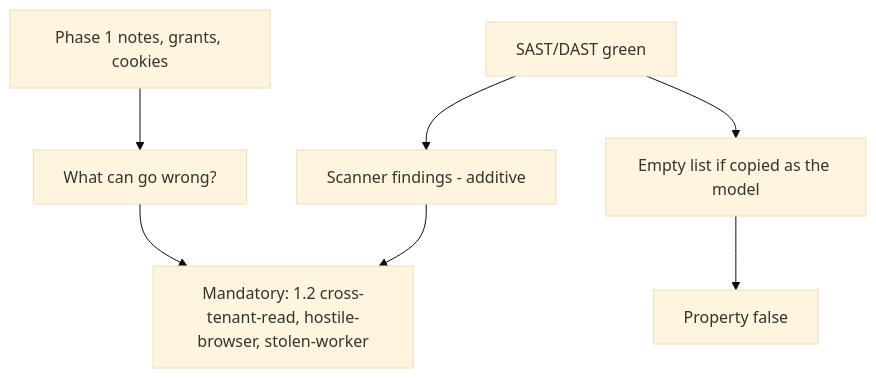
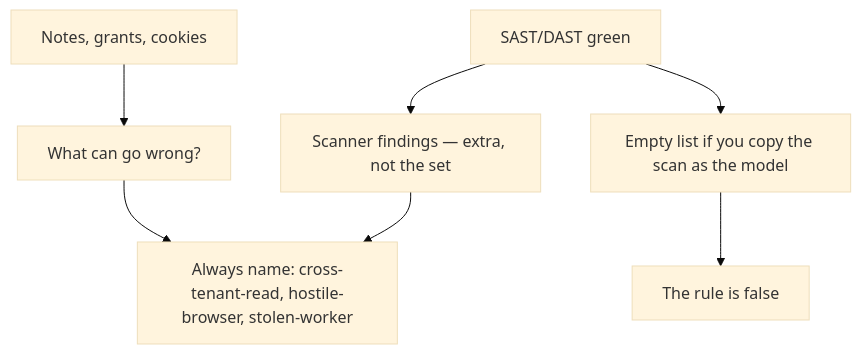
Before and after one commit to ishitvagoel/LearnSecurity: the first of 2 diagrams in content/modules/3/3.2/lessons/01-property.md, drawn with Mermaid (base theme). The commit also changed other lines of this file and 31 other files, not shown here.

````diff
--- a/content/modules/3/3.2/lessons/01-property.md
+++ b/content/modules/3/3.2/lessons/01-property.md
@@ -19,9 +20,9 @@
 ```mermaid
 flowchart TD
-  Assets["Phase 1 notes, grants, cookies"] --> Q2["What can go wrong?"]
-  Q2 --> Seed["Mandatory: 1.2 cross-tenant-read, hostile-browser, stolen-worker"]
-  Scan["SAST/DAST green"] --> Extra["Scanner findings - additive"]
+  Assets["Notes, grants, cookies"] --> Q2["What can go wrong?"]
+  Q2 --> Seed["Always name: cross-tenant-read, hostile-browser, stolen-worker"]
+  Scan["SAST/DAST green"] --> Extra["Scanner findings — extra, not the set"]
   Extra --> Seed
-  Scan --> Empty["Empty list if copied as the model"]
-  Empty --> Fail["Property false"]
+  Scan --> Empty["Empty list if you copy the scan as the model"]
+  Empty --> Fail["The rule is false"]
 ```
````
